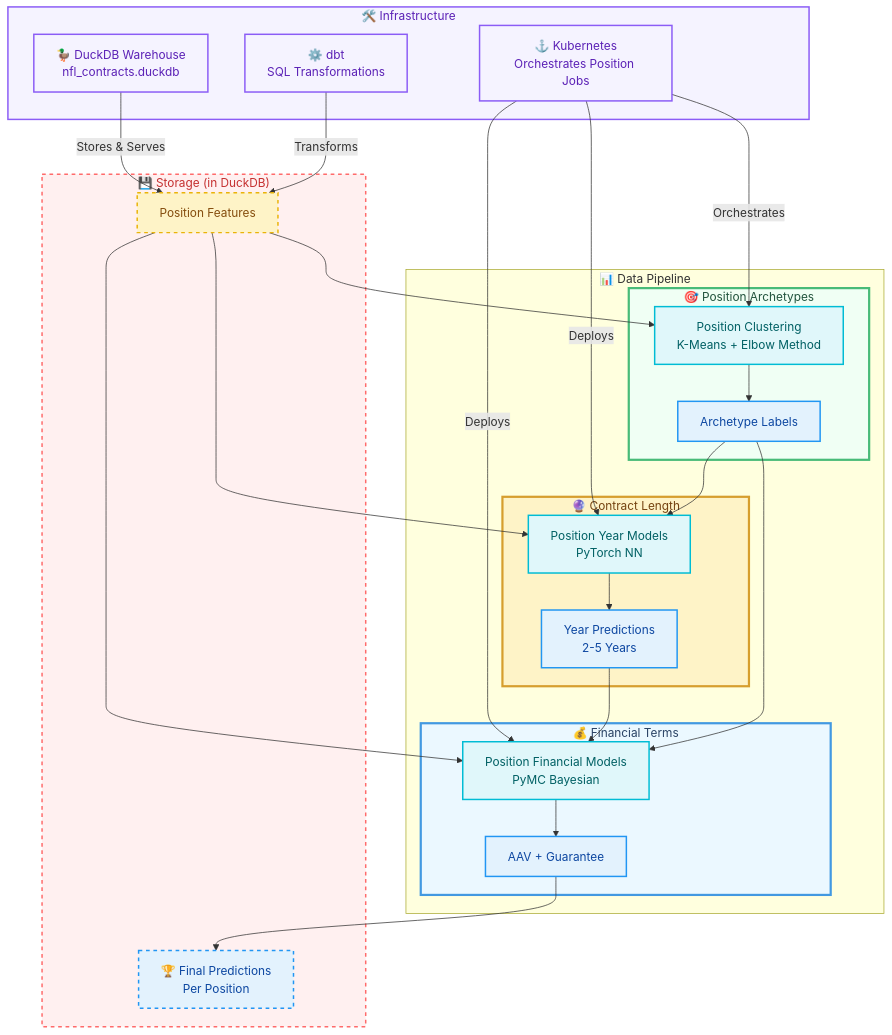
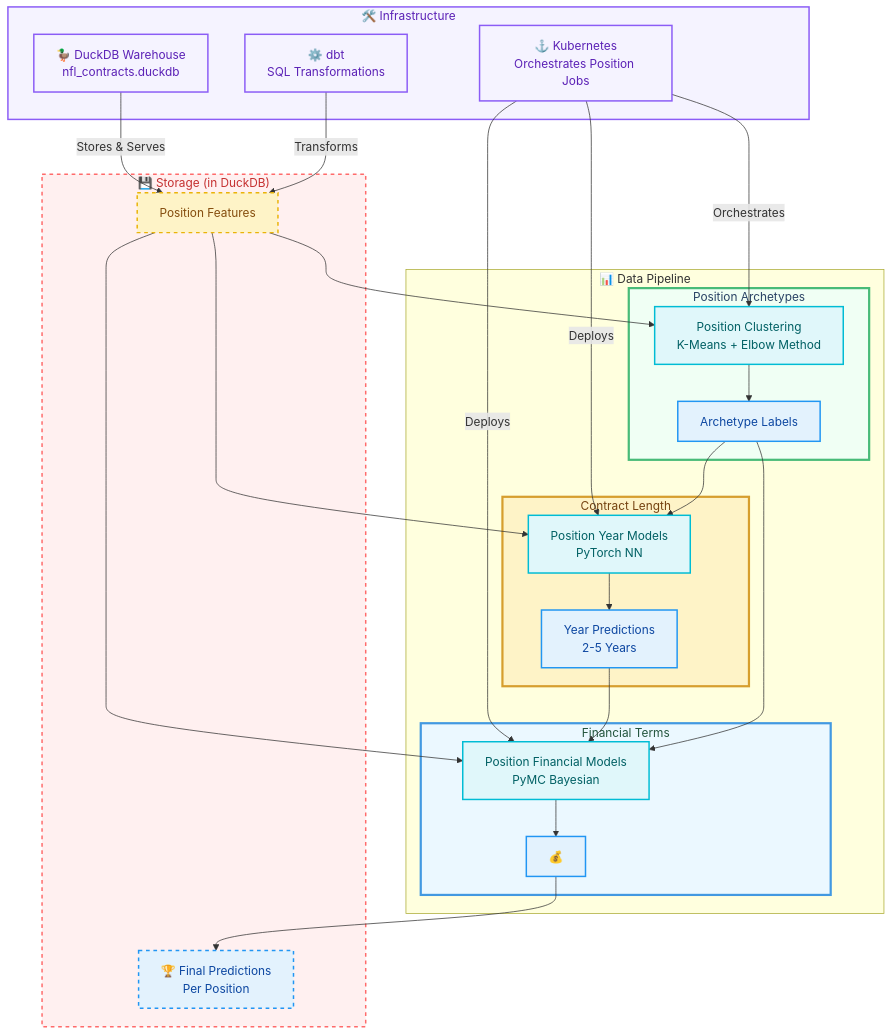
One commit to dec1costello/NFL-Market-Value-Analysis changed the diagram in README.md. Above: the diagram before and after it, drawn with Mermaid.

````diff
--- a/README.md
+++ b/README.md
@@ -37,76 +37,76 @@
 ```mermaid
 graph TB
  %% === STYLING ===
-    classDef stage1 fill:#f0fff4,stroke:#48bb78,stroke-width:3px,color:#22543d
+    classDef stage1 fill:#f0fff4,stroke:#48bb78,stroke-width:3px,color: #2a4365
     classDef stage2 fill:#fef3c7,stroke:#d69e2e,stroke-width:3px,color:#744210
-    classDef stage3 fill:#ebf8ff,stroke:#4299e1,stroke-width:3px,color:#2a4365
+    classDef stage3 fill:#ebf8ff,stroke:#4299e1,stroke-width:3px,color:#22543d
     classDef features fill:#fef3c7,stroke:#eab308,stroke-width:2px,color:#854d0e
     classDef model fill:#e0f7fa,stroke:#00bcd4,stroke-width:2px,color:#006064
     classDef output fill:#e3f2fd,stroke:#2196f3,stroke-width:2px,color:#0d47a1
     classDef infra fill:#f5f3ff,stroke:#8b5cf6,stroke-width:2px,color:#5b21b6
     classDef storage fill:#fff0f0,stroke:#FF6B6B,stroke-width:2px,stroke-dasharray:5 5,color:#c53030
 
     %% === INFRASTRUCTURE LAYERS ===
     subgraph INFRA ["🛠️ Infrastructure"]
         DUCKDB["🦆 DuckDB Warehouse<br/>nfl_contracts.duckdb"]
         K8S["⚓ Kubernetes<br/>Orchestrates Position Jobs"]
         DBT["⚙️ dbt<br/>SQL Transformations"]
     end
 
     %% === DATA FLOW ===
     subgraph DATA_FLOW ["📊 Data Pipeline"]
         %% === STAGE 1: ARCHETYPE DISCOVERY ===
-        subgraph STAGE_1 ["🎯 Position Archetypes"]
+        subgraph STAGE_1 ["Position Archetypes"]
             CLUSTERING["Position Clustering<br/>K-Means + Elbow Method"]
             ARCHETYPES["Archetype Labels"]
         end
 
         %% === STAGE 2: YEAR PREDICTION ===
-        subgraph STAGE_2 ["🔮 Contract Length"]
+        subgraph STAGE_2 ["Contract Length"]
             YEAR_MODELS["Position Year Models<br/>PyTorch NN"]
             YEAR_PREDS["Year Predictions<br/>2-5 Years"]
         end
 
         %% === STAGE 3: FINANCIAL PREDICTION ===
-        subgraph STAGE_3 ["💰 Financial Terms"]
+        subgraph STAGE_3 ["Financial Terms"]
             FINANCIAL_MODELS["Position Financial Models<br/>PyMC Bayesian"]
-            FINANCIAL_PREDS["AAV + Guarantee"]
+            FINANCIAL_PREDS["💰"]
         end
     end
 
     %% === STORAGE LAYER ===
     subgraph STORAGE ["💾 Storage (in DuckDB)"]
         FEATURES["Position Features<br/>"]
         RESULTS["🏆 Final Predictions<br/>Per Position"]
     end
 
     %% === CONNECTIONS ===
     %% Infrastructure → Data Flow
     DUCKDB -->|"Stores & Serves"| FEATURES
     DBT -->|"Transforms"| FEATURES
     K8S -->|"Orchestrates"| CLUSTERING
     K8S -->|"Deploys"| YEAR_MODELS
     K8S -->|"Deploys"| FINANCIAL_MODELS
 
     %% Data Pipeline Flow
     FEATURES --> CLUSTERING
     CLUSTERING --> ARCHETYPES
     ARCHETYPES --> YEAR_MODELS
     FEATURES --> YEAR_MODELS
     YEAR_MODELS --> YEAR_PREDS
     YEAR_PREDS --> FINANCIAL_MODELS
     ARCHETYPES --> FINANCIAL_MODELS
     FEATURES --> FINANCIAL_MODELS
     FINANCIAL_MODELS --> FINANCIAL_PREDS
     FINANCIAL_PREDS --> RESULTS
 
     %% === STYLES ===
     class INFRA,DUCKDB,K8S,DBT infra
     class STORAGE,FEATURES,RESULTS storage
     class STAGE_1 stage1
     class STAGE_2 stage2
     class STAGE_3 stage3
     class FEATURES features
     class CLUSTERING,YEAR_MODELS,FINANCIAL_MODELS model
     class ARCHETYPES,YEAR_PREDS,FINANCIAL_PREDS,RESULTS output;
 ```
````
